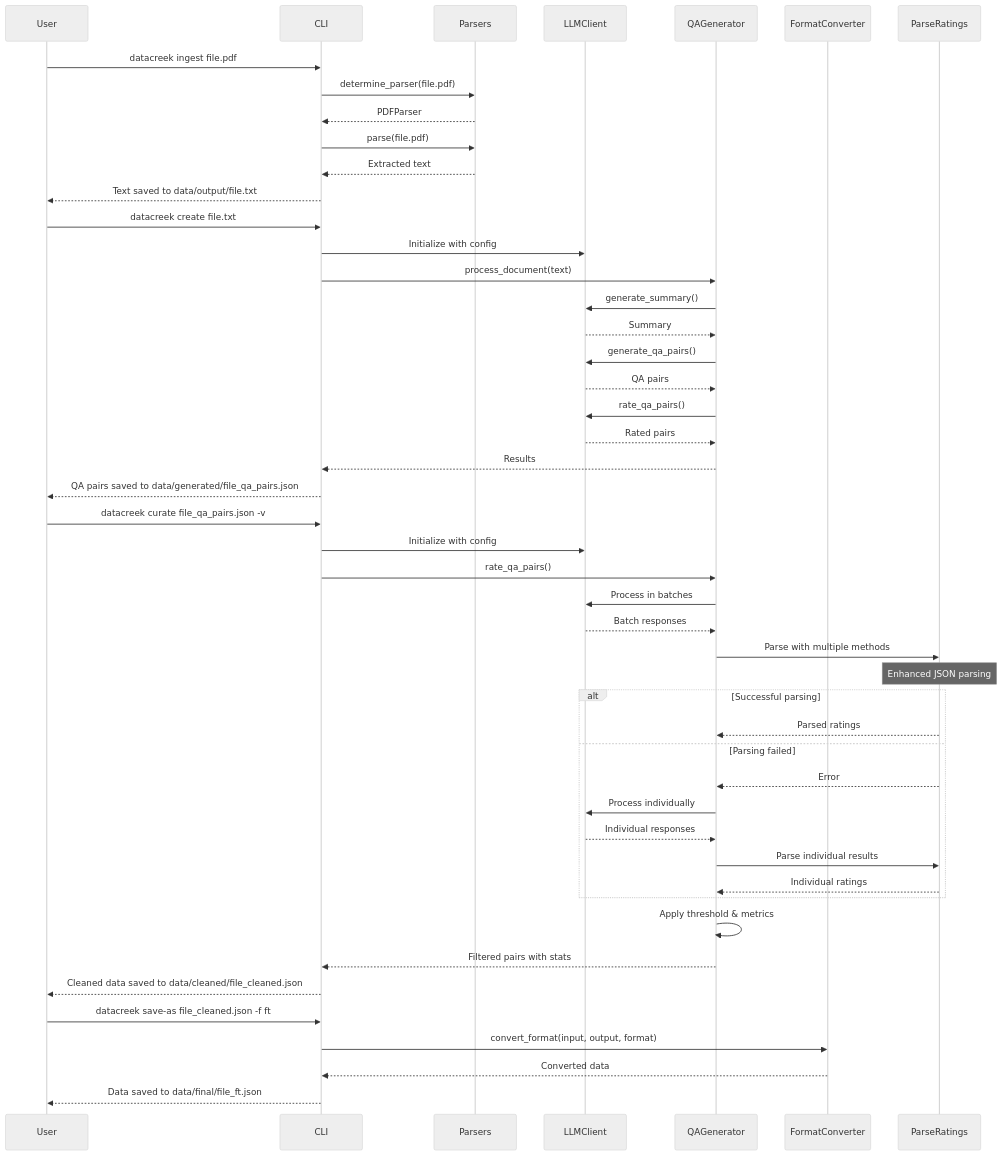
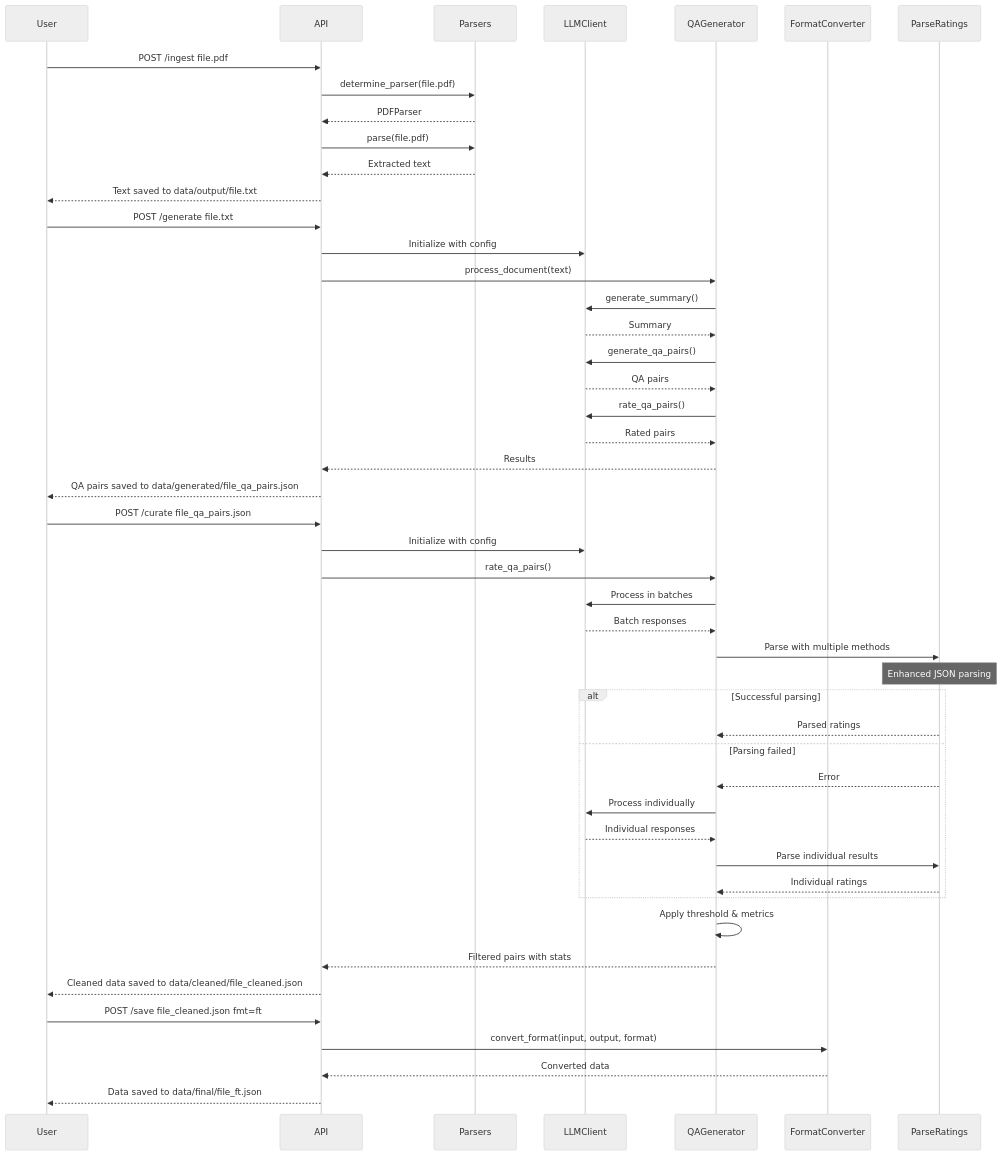
Before and after one commit to AvacynLab/datacreek: the third of 14 diagrams in DOCS.md, drawn with Mermaid (neutral theme). The commit also changed other lines of this file and 5 other files, not shown here.

````diff
--- a/DOCS.md
+++ b/DOCS.md
@@ -207,57 +195,57 @@
 ```mermaid
 sequenceDiagram
     participant User
-    participant CLI
+    participant API
     participant Parsers
     participant LLMClient
     participant QAGenerator
     participant FormatConverter
-    
-    User->>CLI: datacreek ingest file.pdf
-    CLI->>Parsers: determine_parser(file.pdf)
-    Parsers-->>CLI: PDFParser
-    CLI->>Parsers: parse(file.pdf)
-    Parsers-->>CLI: Extracted text
-    CLI-->>User: Text saved to data/output/file.txt
-    
-    User->>CLI: datacreek create file.txt
-    CLI->>LLMClient: Initialize with config
-    CLI->>QAGenerator: process_document(text)
+
+    User->>API: POST /ingest file.pdf
+    API->>Parsers: determine_parser(file.pdf)
+    Parsers-->>API: PDFParser
+    API->>Parsers: parse(file.pdf)
+    Parsers-->>API: Extracted text
+    API-->>User: Text saved to data/output/file.txt
+
+    User->>API: POST /generate file.txt
+    API->>LLMClient: Initialize with config
+    API->>QAGenerator: process_document(text)
     QAGenerator->>LLMClient: generate_summary()
     LLMClient-->>QAGenerator: Summary
     QAGenerator->>LLMClient: generate_qa_pairs()
     LLMClient-->>QAGenerator: QA pairs
     QAGenerator->>LLMClient: rate_qa_pairs()
     LLMClient-->>QAGenerator: Rated pairs
-    QAGenerator-->>CLI: Results
-    CLI-->>User: QA pairs saved to data/generated/file_qa_pairs.json
-    
-    User->>CLI: datacreek curate file_qa_pairs.json -v
-    CLI->>LLMClient: Initialize with config
-    CLI->>QAGenerator: rate_qa_pairs()
+    QAGenerator-->>API: Results
+    API-->>User: QA pairs saved to data/generated/file_qa_pairs.json
+
+    User->>API: POST /curate file_qa_pairs.json
+    API->>LLMClient: Initialize with config
+    API->>QAGenerator: rate_qa_pairs()
     
     QAGenerator->>LLMClient: Process in batches
     LLMClient-->>QAGenerator: Batch responses
     
     QAGenerator->>ParseRatings: Parse with multiple methods
     Note over ParseRatings: Enhanced JSON parsing
     
     alt Successful parsing
         ParseRatings-->>QAGenerator: Parsed ratings
     else Parsing failed
         ParseRatings-->>QAGenerator: Error
         QAGenerator->>LLMClient: Process individually
         LLMClient-->>QAGenerator: Individual responses
         QAGenerator->>ParseRatings: Parse individual results
         ParseRatings-->>QAGenerator: Individual ratings
     end
     
     QAGenerator->>QAGenerator: Apply threshold & metrics
-    QAGenerator-->>CLI: Filtered pairs with stats
-    CLI-->>User: Cleaned data saved to data/cleaned/file_cleaned.json
-    
-    User->>CLI: datacreek save-as file_cleaned.json -f ft
-    CLI->>FormatConverter: convert_format(input, output, format)
-    FormatConverter-->>CLI: Converted data
-    CLI-->>User: Data saved to data/final/file_ft.json
+    QAGenerator-->>API: Filtered pairs with stats
+    API-->>User: Cleaned data saved to data/cleaned/file_cleaned.json
+
+    User->>API: POST /save file_cleaned.json fmt=ft
+    API->>FormatConverter: convert_format(input, output, format)
+    FormatConverter-->>API: Converted data
+    API-->>User: Data saved to data/final/file_ft.json
 ```
````
